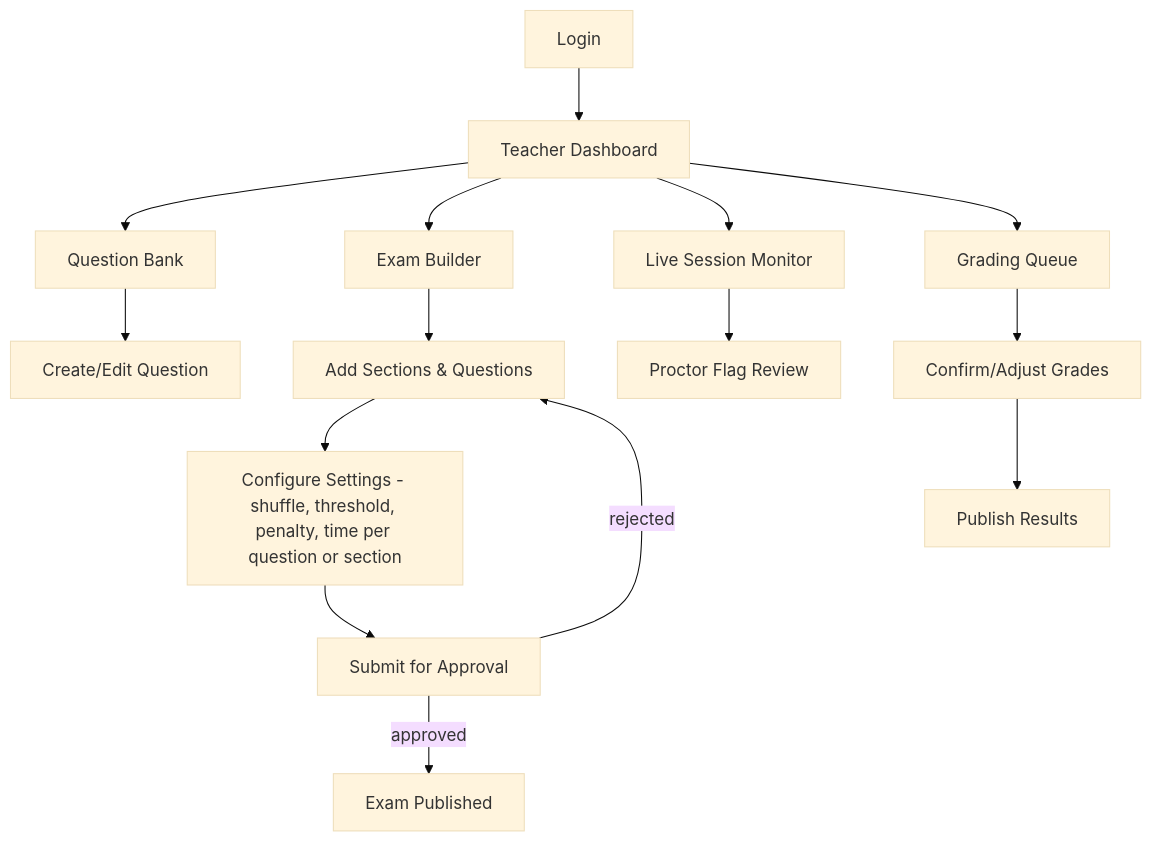
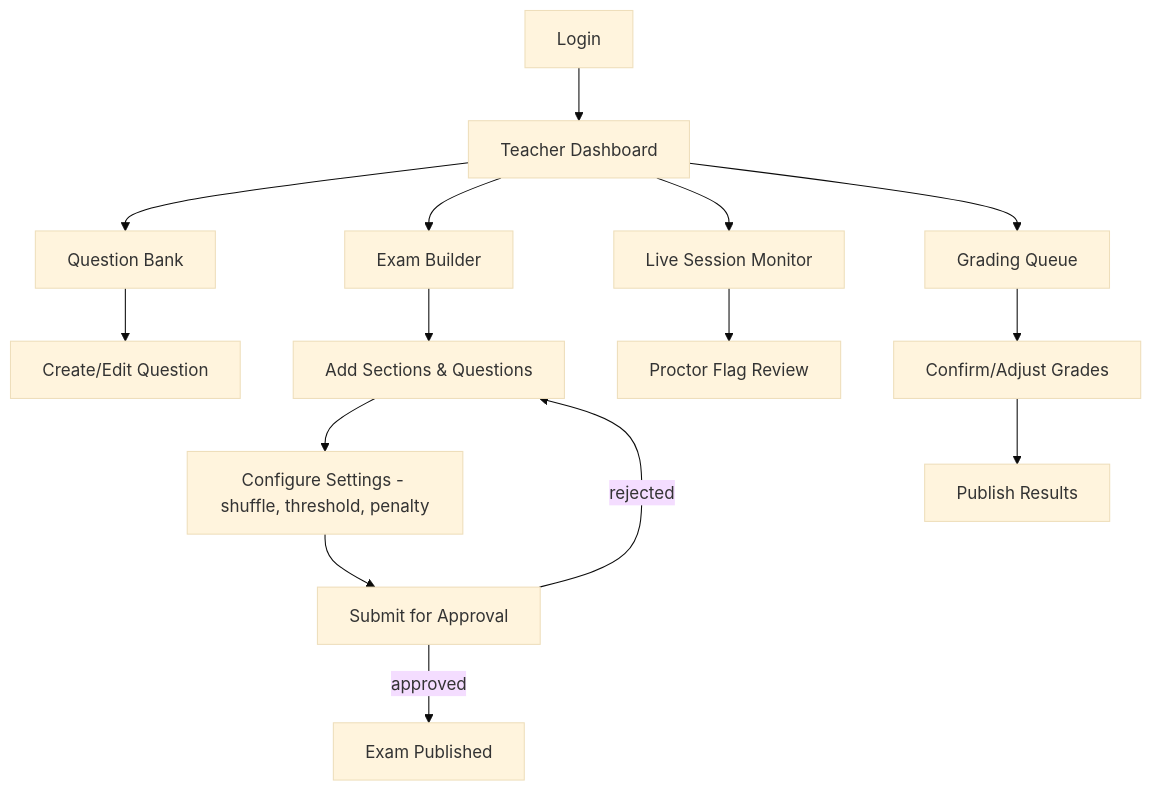
One commit to Khubaib-Asif/online-exam-platform changed the second of 5 diagrams in docs/modules/SCREEN_INVENTORY.md. Above: the diagram before and after it, drawn with Mermaid (base theme). The commit also changed other lines of this file, not shown here.

Commit message:
docs: finalize M1 screens (My Devices, My Profile, password reset/verify flow)

````diff
--- a/docs/modules/SCREEN_INVENTORY.md
+++ b/docs/modules/SCREEN_INVENTORY.md
@@ -105,17 +105,17 @@
 ```mermaid
 flowchart TD
     A[Login] --> B[Teacher Dashboard]
     B --> C[Question Bank]
     C --> D[Create/Edit Question]
     B --> E[Exam Builder]
     E --> F[Add Sections & Questions]
-    F --> G[Configure Settings - shuffle, threshold, penalty, time per question or section]
+    F --> G[Configure Settings - shuffle, threshold, penalty]
     G --> H[Submit for Approval]
     H -->|approved| I[Exam Published]
     H -->|rejected| F
     B --> J[Live Session Monitor]
     J --> K[Proctor Flag Review]
     B --> L[Grading Queue]
     L --> M[Confirm/Adjust Grades]
     M --> N[Publish Results]
 ```
````
